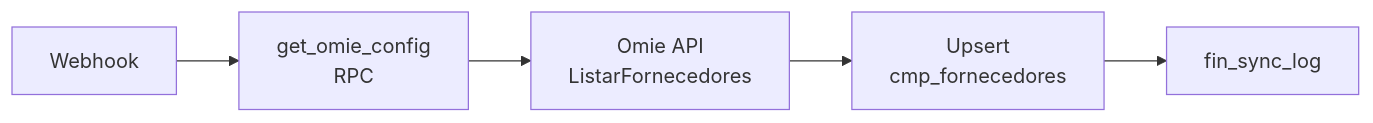
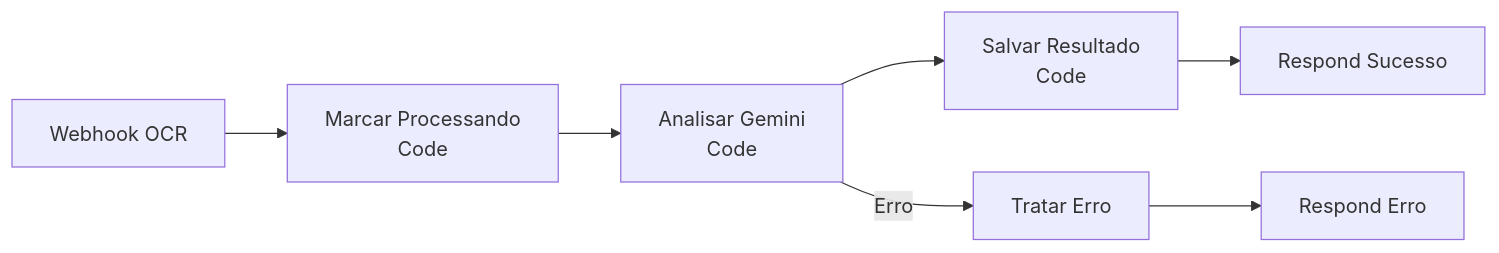
The fifth of 11 diagrams in docs/obsidian/10 - n8n Workflows.md (leandroteg/teg-plus), drawn with Mermaid before and after one commit. The commit also changed other lines of this file and 1 other file, not shown here.

First line of the commit message:
docs: atualizar Obsidian com schema completo e workflows n8n

````diff
--- a/docs/obsidian/10 - n8n Workflows.md
+++ b/docs/obsidian/10 - n8n Workflows.md
@@ -296,4 +234,5 @@
 ```mermaid
 flowchart LR
-    W[Webhook] --> CF[get_omie_config\nRPC] --> OL[Omie API\nListarFornecedores] --> UP[Upsert\ncmp_fornecedores] --> LOG[fin_sync_log]
+    W[Webhook OCR] --> MP[Marcar Processando\nCode] --> AG[Analisar Gemini\nCode] --> SR[Salvar Resultado\nCode] --> RS[Respond Sucesso]
+    AG -->|Erro| TE[Tratar Erro] --> RE[Respond Erro]
 ```
````
